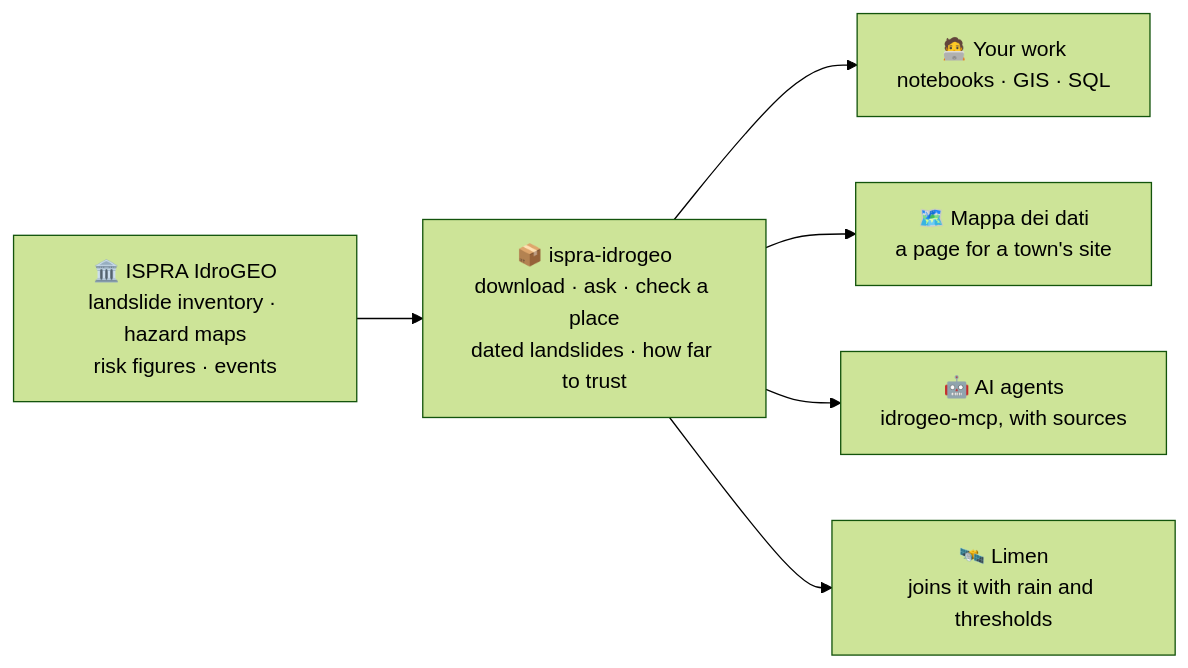
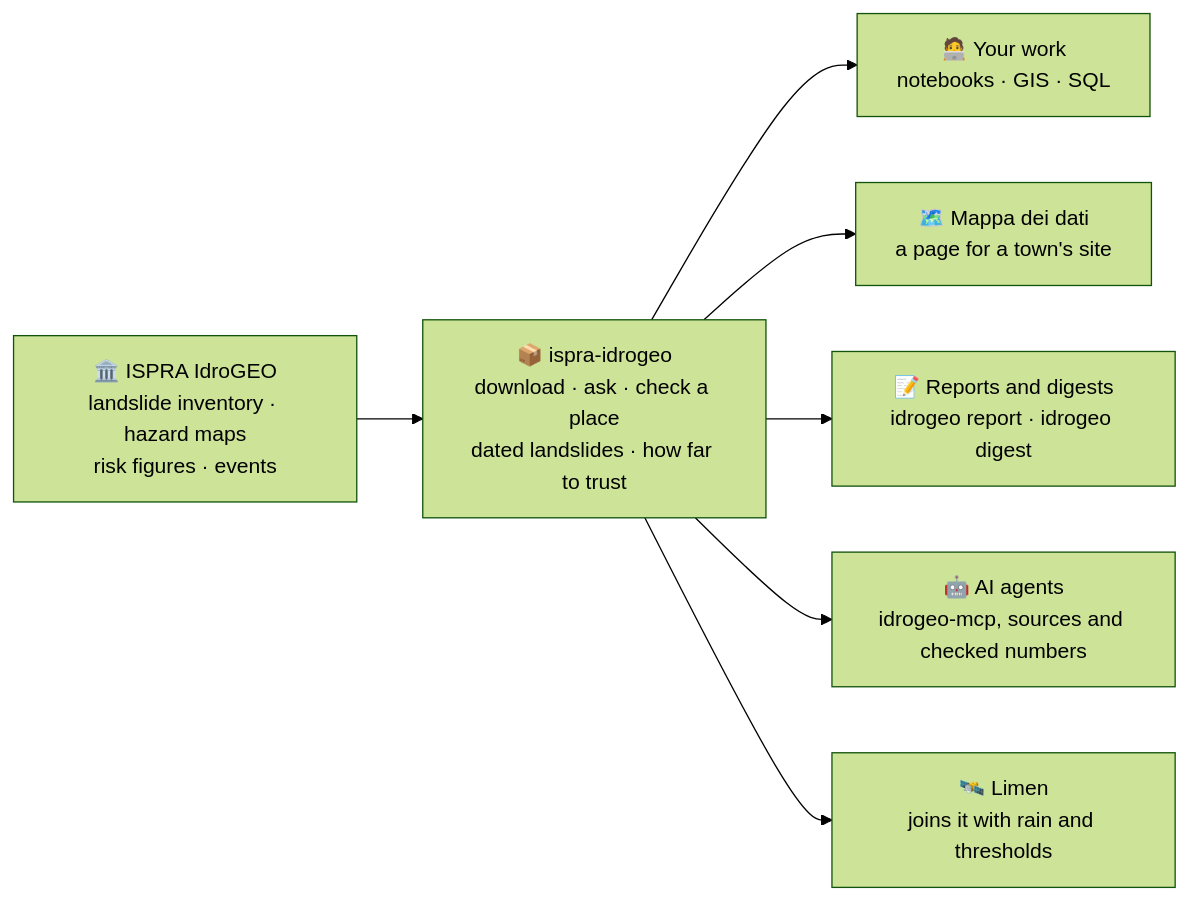
One commit to agent-engineering-studio/ispra-idrogeo changed the first of 8 diagrams in README.md. Above: the diagram before and after it, drawn with Mermaid (forest theme). The commit also changed other lines of this file and 6 other files, not shown here.

````diff
--- a/README.md
+++ b/README.md
@@ -39,8 +41,9 @@
 ```mermaid
 flowchart LR
     I["🏛️ ISPRA IdroGEO<br/>landslide inventory · hazard maps<br/>risk figures · events"] --> L["📦 ispra-idrogeo<br/>download · ask · check a place<br/>dated landslides · how far to trust"]
     L --> Y["🧑‍💻 Your work<br/>notebooks · GIS · SQL"]
     L --> M["🗺️ Mappa dei dati<br/>a page for a town's site"]
-    L --> A["🤖 AI agents<br/>idrogeo-mcp, with sources"]
+    L --> R["📝 Reports and digests<br/>idrogeo report · idrogeo digest"]
+    L --> A["🤖 AI agents<br/>idrogeo-mcp, sources and checked numbers"]
     L --> X["🛰️ Limen<br/>joins it with rain and thresholds"]
 ```
````
